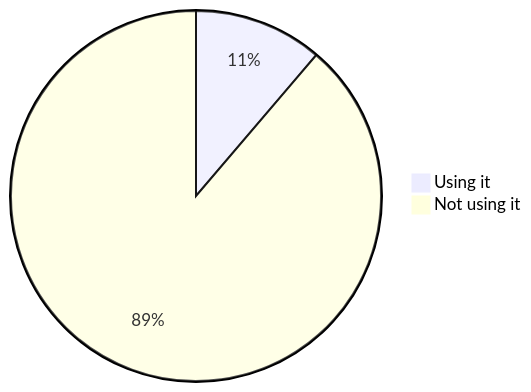
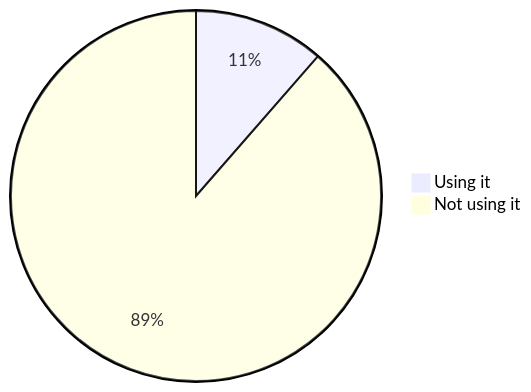
The fourth of 22 diagrams in stats.md (oshp/oshp-stats), drawn with Mermaid before and after one commit. The commit also changed other lines of this file, not shown here.

````diff
--- a/stats.md
+++ b/stats.md
@@ -46,6 +46,6 @@
 ```mermaid
 pie
-	"Using it" : 11.24
-	"Not using it" : 88.76
+	"Using it" : 11.42
+	"Not using it" : 88.58
 
 ```
````
